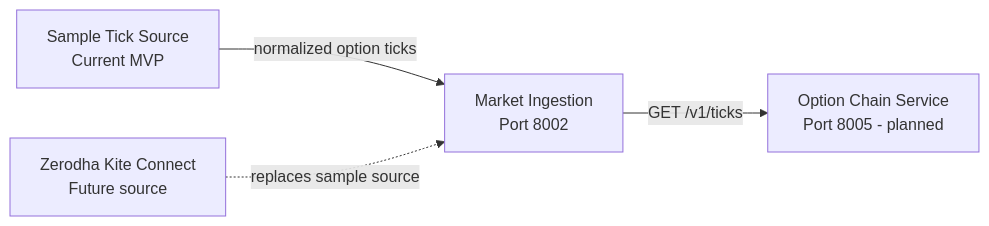
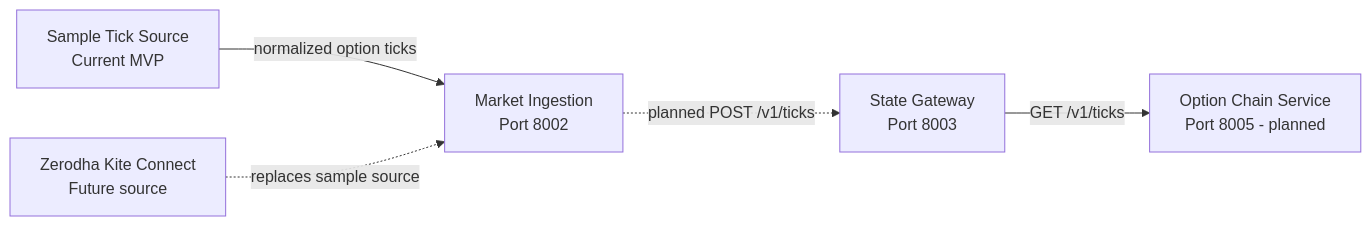
The diagram in market-ingestion/SERVICE-DIAGRAM.md (madhurendra186ms-max/Trading-app-test), drawn with Mermaid before and after one commit. The commit also changed other lines of this file and 13 other files, not shown here.

````diff
--- a/market-ingestion/SERVICE-DIAGRAM.md
+++ b/market-ingestion/SERVICE-DIAGRAM.md
@@ -5,11 +5,13 @@
 ```mermaid
 flowchart LR
     Source["Sample Tick Source\nCurrent MVP"]
     Kite["Zerodha Kite Connect\nFuture source"]
     Ingest["Market Ingestion\nPort 8002"]
+    State["State Gateway\nPort 8003"]
     Chain["Option Chain Service\nPort 8005 - planned"]
 
     Source -->|normalized option ticks| Ingest
     Kite -. replaces sample source .-> Ingest
-    Ingest -->|GET /v1/ticks| Chain
+    Ingest -. planned POST /v1/ticks .-> State
+    State -->|GET /v1/ticks| Chain
 ```
````
